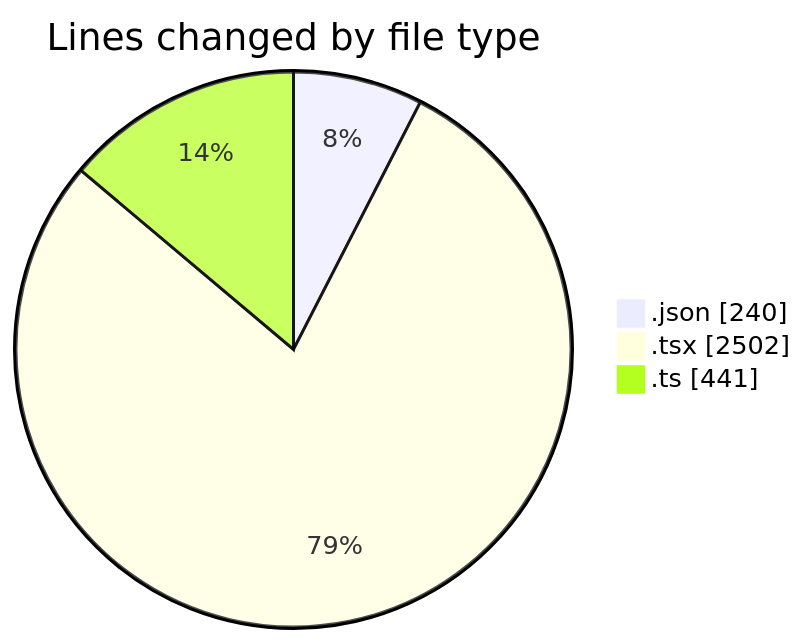
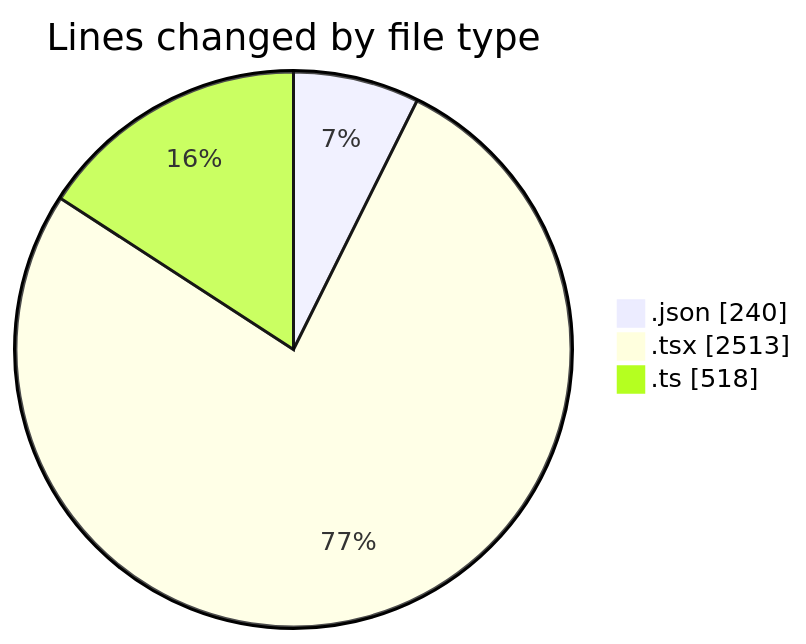
The first of 2 diagrams in 2025-11-17/eventscop-frontend-guide__workspace_/README.md (julien-gomy/code-tracking), drawn with Mermaid before and after one commit. The commit also changed other lines of this file and 1 other file, not shown here.

````diff
--- a/2025-11-17/eventscop-frontend-guide__workspace_/README.md
+++ b/2025-11-17/eventscop-frontend-guide__workspace_/README.md
@@ -34,7 +35,7 @@
 ```mermaid
 pie showData
 title Lines changed by file type
 ".json" : 240
-".tsx" : 2502
-".ts" : 441
+".tsx" : 2513
+".ts" : 518
 ```
````
